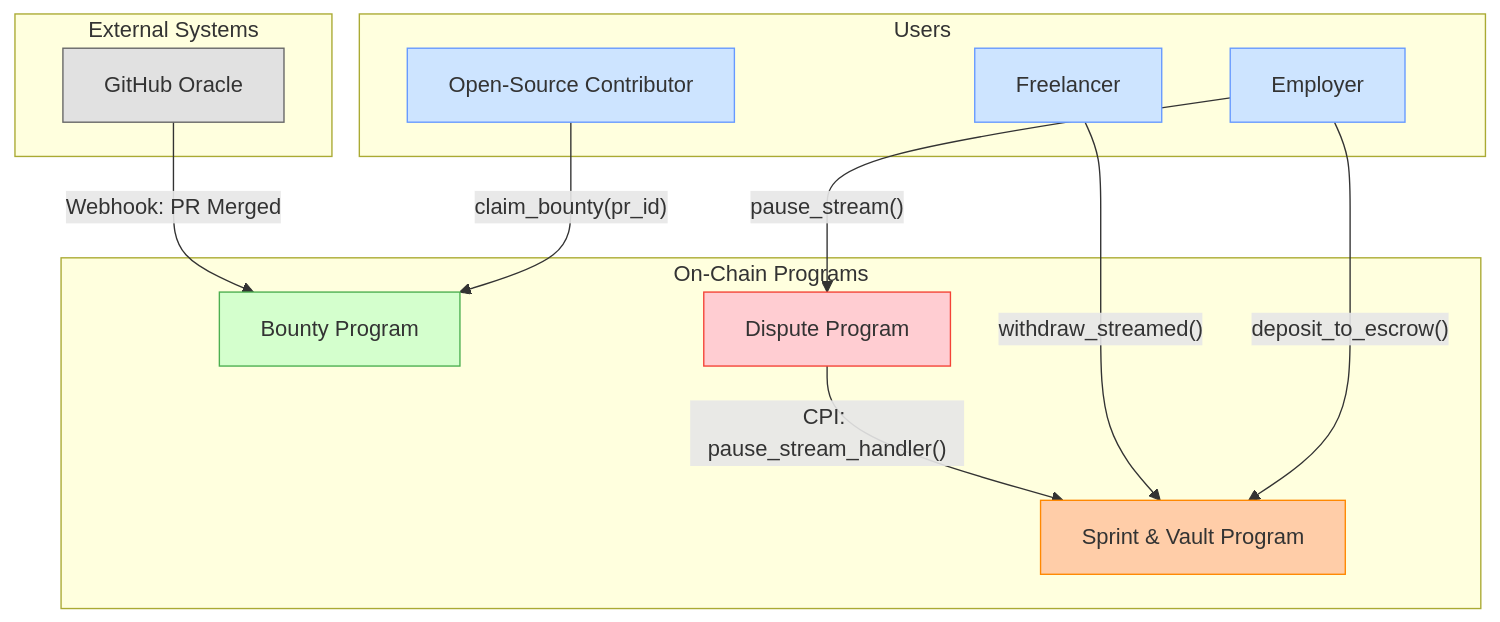
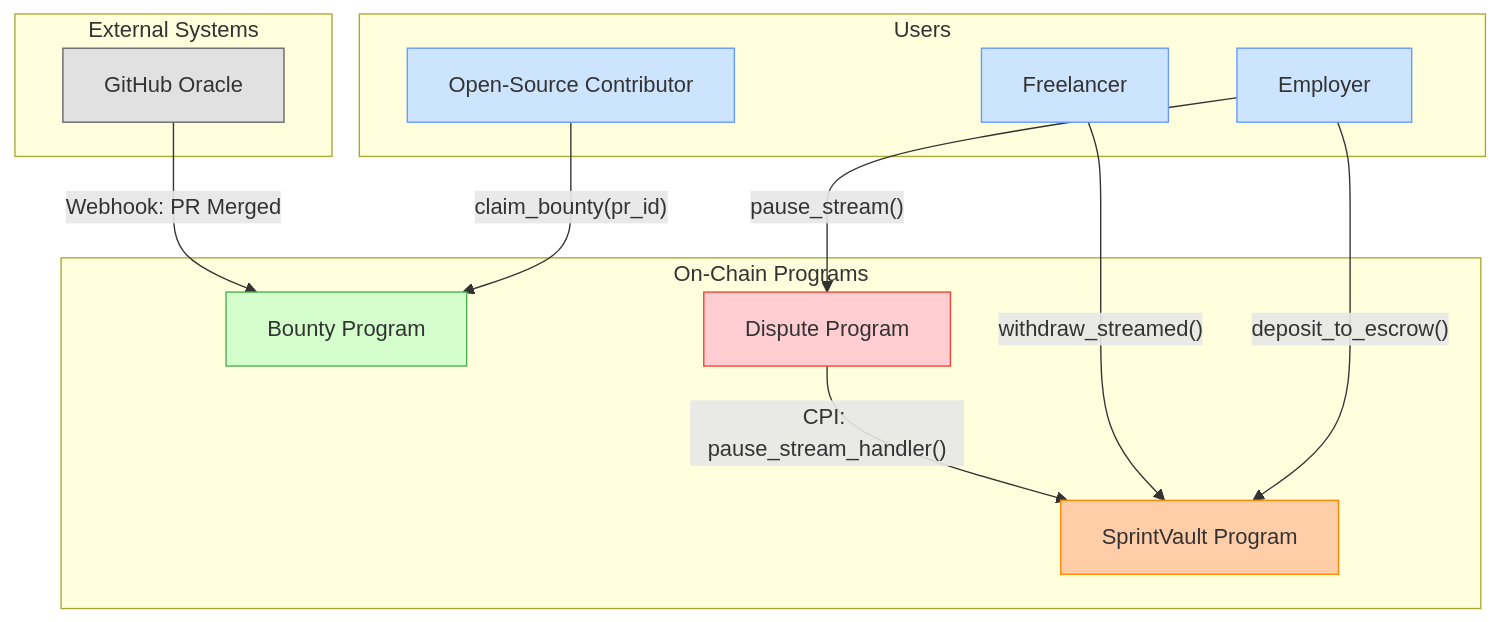
Before and after one commit to solana-turbin3/Q3_25_Builder_AQuental: the first of 4 diagrams in capstone/Q32025-3-Architecture.md, drawn with Mermaid. The commit also changed other lines of this file, not shown here.

Commit message:
Update SprintVault reference

````diff
--- a/capstone/Q32025-3-Architecture.md
+++ b/capstone/Q32025-3-Architecture.md
@@ -74,41 +74,41 @@
 ```mermaid
 graph TD
     subgraph Users
         A[Employer]
         B[Freelancer]
         C[Open-Source Contributor]
     end
 
     subgraph On-Chain Programs
-        P1[Sprint & Vault Program]
+        P1[SprintVault Program]
         P2[Bounty Program]
         P3[Dispute Program]
     end
 
     subgraph External Systems
         O[GitHub Oracle]
     end
 
     %% User to Program Flows
     A -- "deposit_to_escrow()" --> P1
     B -- "withdraw_streamed()" --> P1
     C -- "claim_bounty(pr_id)" --> P2
     A -- "pause_stream()" --> P3
 
     %% Oracle to Program Flow
     O -- "Webhook: PR Merged" --> P2
 
     %% Program to Program Flows (CPIs)
     P3 -- "CPI: pause_stream_handler()" --> P1
 
     %% Styling
     style A fill:#cde4ff,stroke:#6699ff
     style B fill:#cde4ff,stroke:#6699ff
     style C fill:#cde4ff,stroke:#6699ff
 
     style P1 fill:#ffcda8,stroke:#ff8800
     style P2 fill:#d4ffcd,stroke:#4CAF50
     style P3 fill:#ffcdd2,stroke:#f44336
 
     style O fill:#e1e1e1,stroke:#666
 ```
````
